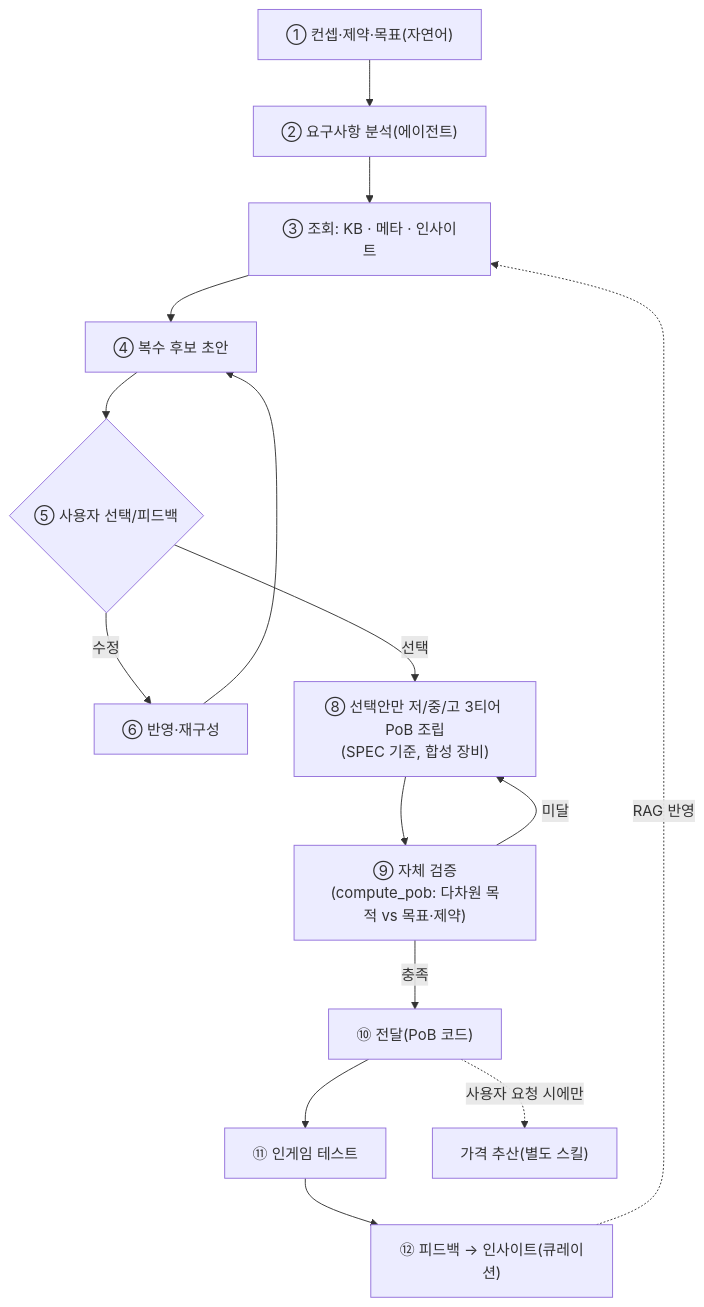
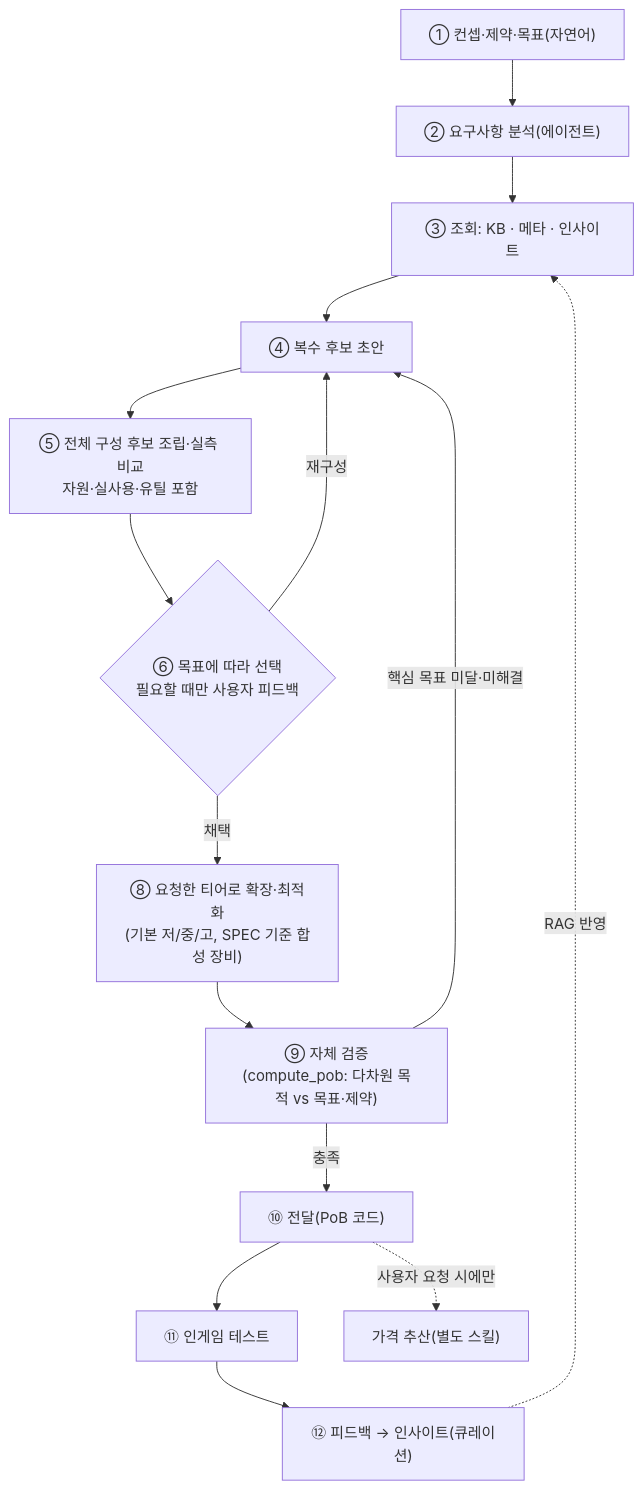
One commit to skerfolg/poe2-ai-wiki changed the second of 2 diagrams in docs/BLUEPRINT.md. Above: the diagram before and after it, drawn with Mermaid. The commit also changed other lines of this file and 20 other files, not shown here.

````diff
--- a/docs/BLUEPRINT.md
+++ b/docs/BLUEPRINT.md
@@ -201,16 +204,17 @@
 ```mermaid
 flowchart TD
     S1["① 컨셉·제약·목표(자연어)"] --> S2["② 요구사항 분석(에이전트)"]
     S2 --> S3["③ 조회: KB · 메타 · 인사이트"]
     S3 --> S4["④ 복수 후보 초안"]
-    S4 --> S5{"⑤ 사용자 선택/피드백"}
-    S5 -->|수정| S6["⑥ 반영·재구성"] --> S4
-    S5 -->|선택| S8["⑧ 선택안만 저/중/고 3티어 PoB 조립<br/>(SPEC 기준, 합성 장비)"]
+    S4 --> S5["⑤ 전체 구성 후보 조립·실측 비교<br/>자원·실사용·유틸 포함"]
+    S5 --> S6{"⑥ 목표에 따라 선택<br/>필요할 때만 사용자 피드백"}
+    S6 -->|재구성| S4
+    S6 -->|채택| S8["⑧ 요청한 티어로 확장·최적화<br/>(기본 저/중/고, SPEC 기준 합성 장비)"]
     S8 --> S9["⑨ 자체 검증(compute_pob: 다차원 목적 vs 목표·제약)"]
-    S9 -->|미달| S8
+    S9 -->|핵심 목표 미달·미해결| S4
     S9 -->|충족| S10["⑩ 전달(PoB 코드)"]
     S10 --> S11["⑪ 인게임 테스트"]
     S11 --> S12["⑫ 피드백 → 인사이트(큐레이션)"]
     S12 -.->|RAG 반영| S3
     S10 -. 사용자 요청 시에만 .-> PR["가격 추산(별도 스킬)"]
 ```
````
